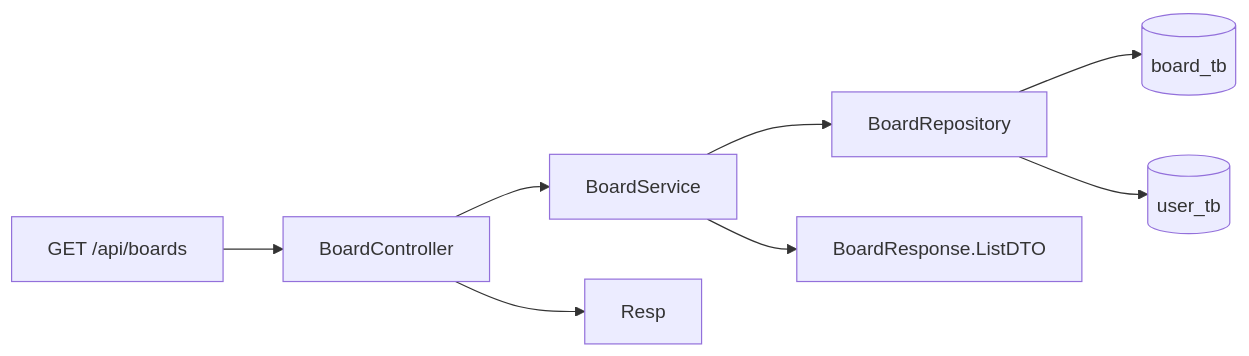
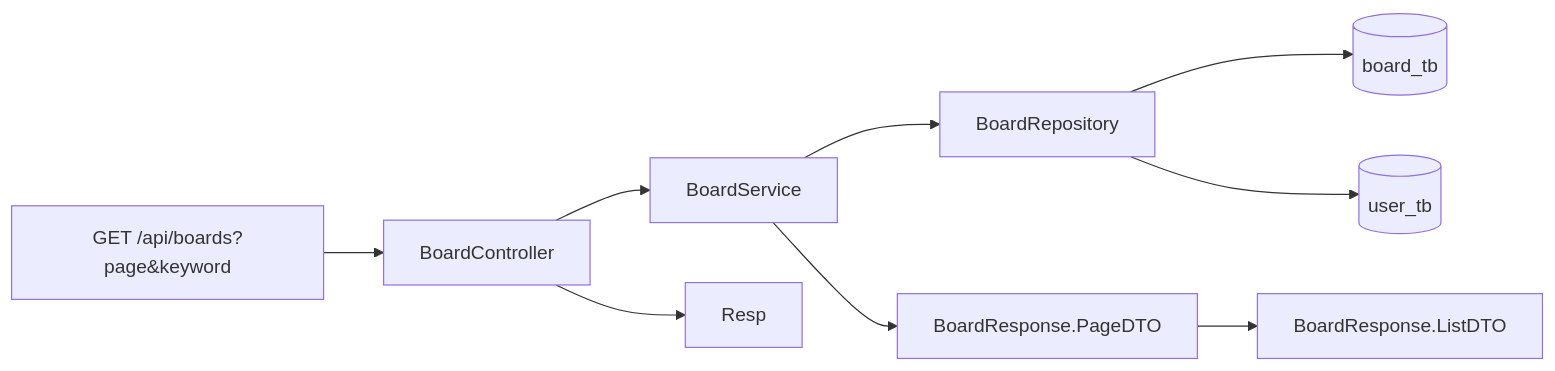
The second of 3 diagrams in .projectcode/wiki/scenarios.md (insertvalue2/rest_api_spring_boot_v1), drawn with Mermaid before and after one commit. The commit also changed other lines of this file and 4 other files, not shown here.

````diff
--- a/.projectcode/wiki/scenarios.md
+++ b/.projectcode/wiki/scenarios.md
@@ -21,10 +21,11 @@
 ```mermaid
 flowchart LR
-  A[GET /api/boards] --> B[BoardController]
+  A[GET /api/boards?page&keyword] --> B[BoardController]
   B --> C[BoardService]
   C --> D[BoardRepository]
   D --> E[(board_tb)]
   D --> F[(user_tb)]
-  C --> G[BoardResponse.ListDTO]
-  B --> H[Resp]
+  C --> G[BoardResponse.PageDTO]
+  G --> H[BoardResponse.ListDTO]
+  B --> I[Resp]
 ```
````
